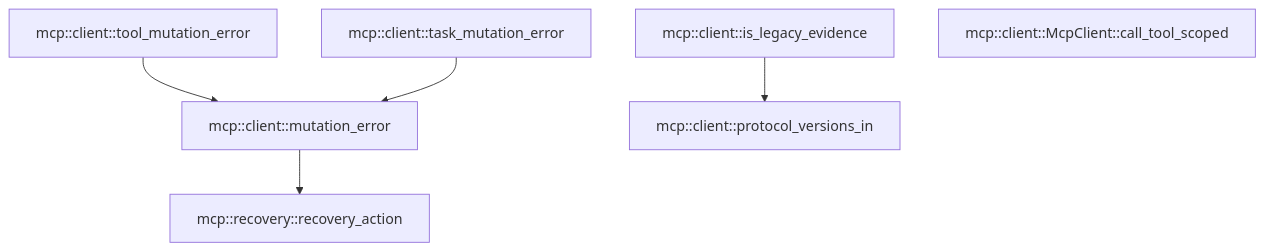
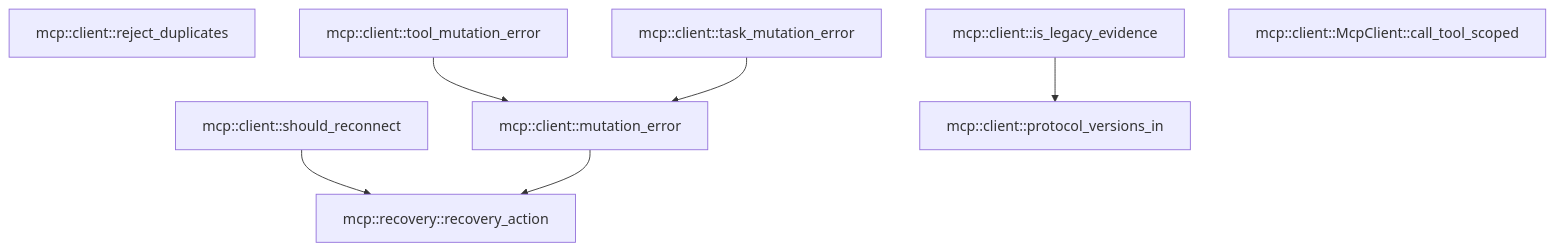
Before and after one commit to TekesApps/TekesKernel: the fourth of 4 diagrams in crates/mcp/docs/generated/src--client.md, drawn with Mermaid. The commit also changed other lines of this file and 153 other files, not shown here.

First line of the commit message:
Toolchain 1.95.0; MCP client follows the tasks extension (SEP-2663) (#54)

````diff
--- a/crates/mcp/docs/generated/src--client.md
+++ b/crates/mcp/docs/generated/src--client.md
@@ -325,14 +336,17 @@
 ```mermaid
 flowchart TD
-  n0["mcp::client::tool_mutation_error"]
-  n1["mcp::client::task_mutation_error"]
-  n2["mcp::client::mutation_error"]
-  n3["mcp::client::is_legacy_evidence"]
-  n4["mcp::client::protocol_versions_in"]
-  n5["mcp::client::McpClient::call_tool_scoped"]
-  n6["mcp::recovery::recovery_action"]
-  n0 --> n2
-  n1 --> n2
-  n2 --> n6
+  n0["mcp::client::reject_duplicates"]
+  n1["mcp::client::should_reconnect"]
+  n2["mcp::client::tool_mutation_error"]
+  n3["mcp::client::task_mutation_error"]
+  n4["mcp::client::mutation_error"]
+  n5["mcp::client::is_legacy_evidence"]
+  n6["mcp::client::protocol_versions_in"]
+  n7["mcp::client::McpClient::call_tool_scoped"]
+  n8["mcp::recovery::recovery_action"]
+  n1 --> n8
+  n2 --> n4
   n3 --> n4
+  n4 --> n8
+  n5 --> n6
 ```
````
